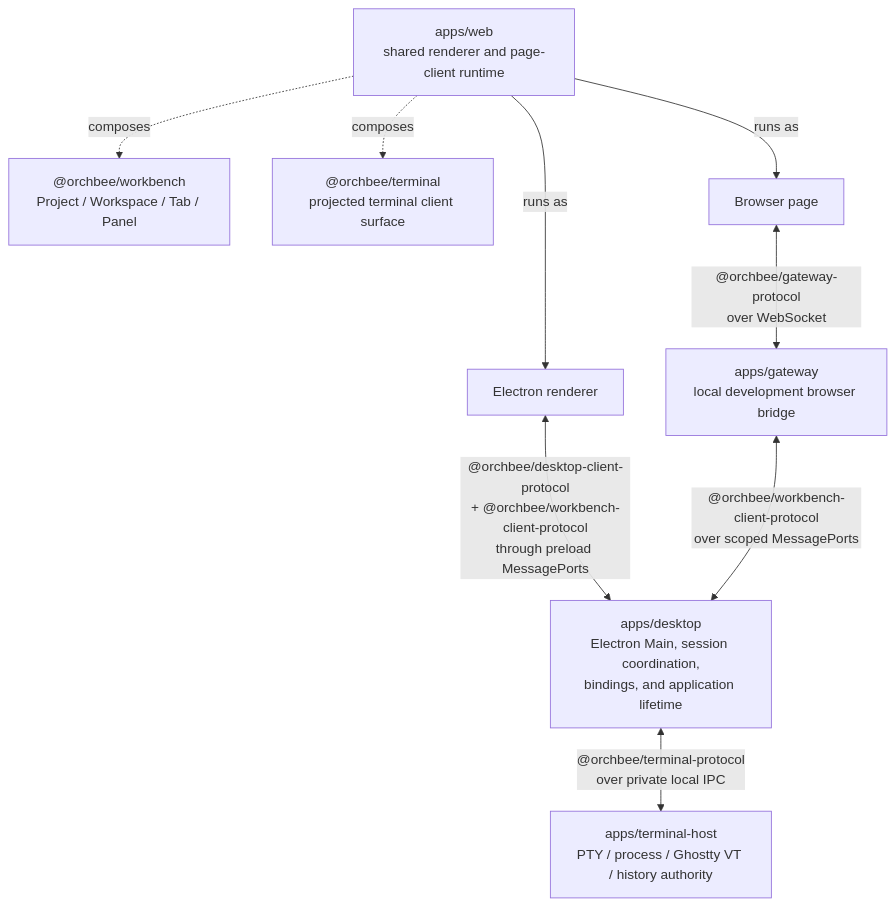
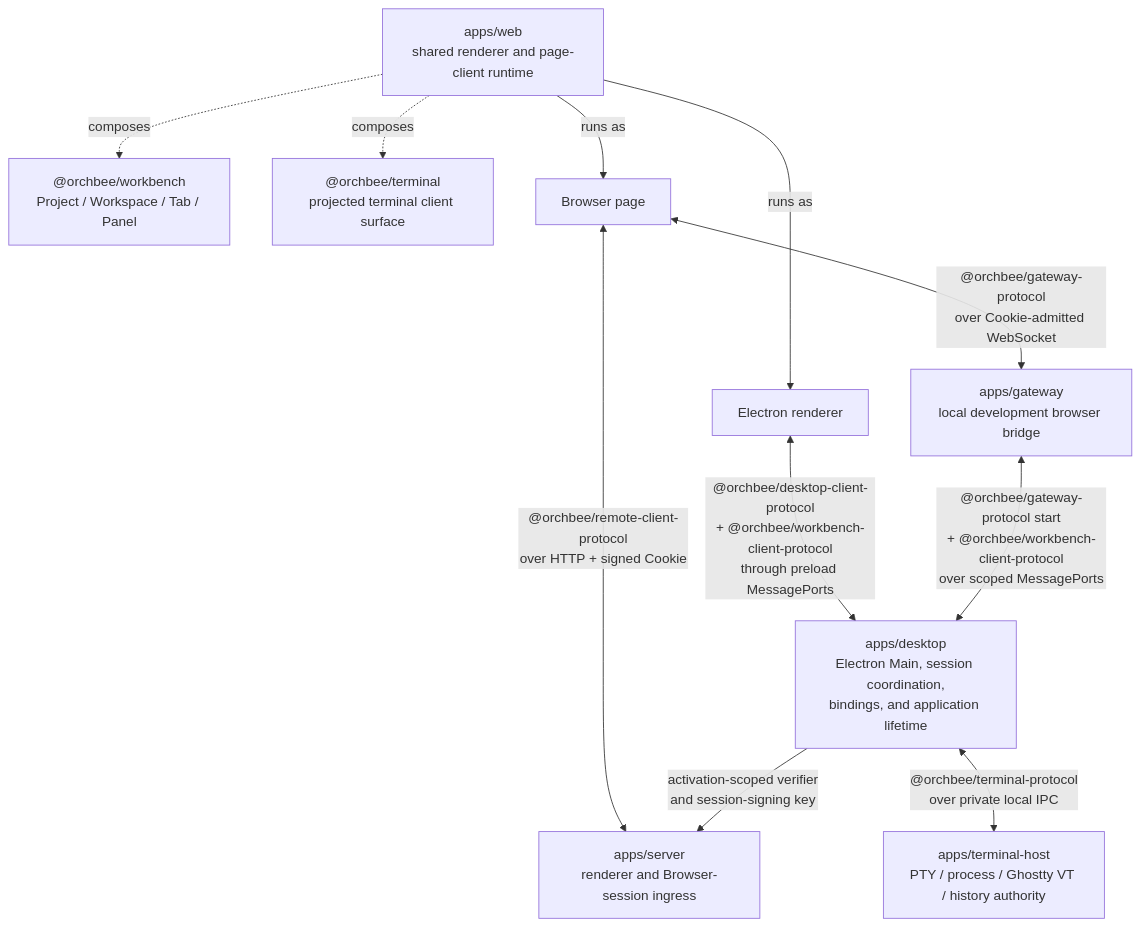
The diagram in docs/ARCHITECTURE.md (i-need-token/orchbee), drawn with Mermaid before and after one commit. The commit also changed 132 other files, not shown here.

Commit message:
feat(remote): add personal access token browser authentication

````diff
--- a/docs/ARCHITECTURE.md
+++ b/docs/ARCHITECTURE.md
@@ -15,16 +15,18 @@
 ```mermaid
 flowchart TB
 	Web["apps/web<br/>shared renderer and page-client runtime"]
 	Workbench["@orchbee/workbench<br/>Project / Workspace / Tab / Panel"]
 	Terminal["@orchbee/terminal<br/>projected terminal client surface"]
 
 	Web -. "composes" .-> Workbench
 	Web -. "composes" .-> Terminal
 	Web -->|"runs as"| Electron["Electron renderer"]
 	Web -->|"runs as"| Browser["Browser page"]
 
 	Electron <-->|"@orchbee/desktop-client-protocol<br/>+ @orchbee/workbench-client-protocol<br/>through preload MessagePorts"| Desktop["apps/desktop<br/>Electron Main, session coordination,<br/>bindings, and application lifetime"]
-	Browser <-->|"@orchbee/gateway-protocol<br/>over WebSocket"| Gateway["apps/gateway<br/>local development browser bridge"]
-	Gateway <-->|"@orchbee/workbench-client-protocol<br/>over scoped MessagePorts"| Desktop
+	Browser <-->|"@orchbee/remote-client-protocol<br/>over HTTP + signed Cookie"| Server["apps/server<br/>renderer and Browser-session ingress"]
+	Browser <-->|"@orchbee/gateway-protocol<br/>over Cookie-admitted WebSocket"| Gateway["apps/gateway<br/>local development browser bridge"]
+	Desktop -->|"activation-scoped verifier<br/>and session-signing key"| Server
+	Gateway <-->|"@orchbee/gateway-protocol start<br/>+ @orchbee/workbench-client-protocol<br/>over scoped MessagePorts"| Desktop
 	Desktop <-->|"@orchbee/terminal-protocol<br/>over private local IPC"| Host["apps/terminal-host<br/>PTY / process / Ghostty VT / history authority"]
 ```
````
